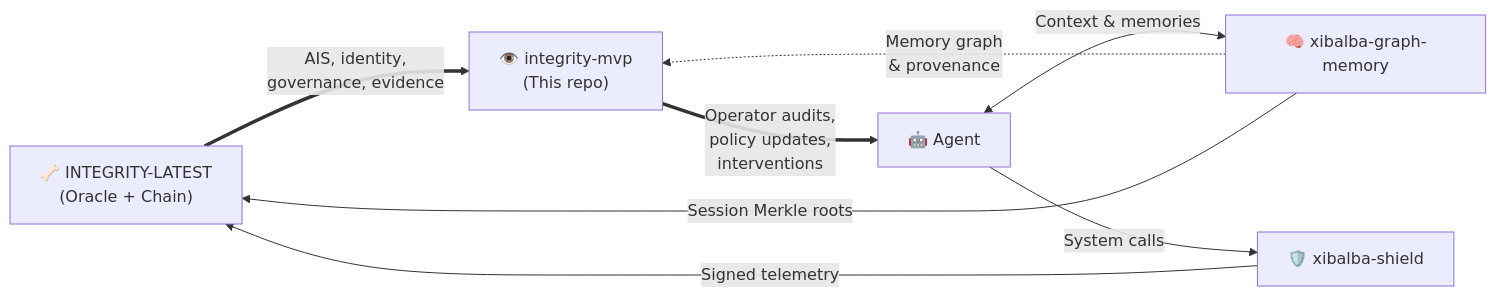
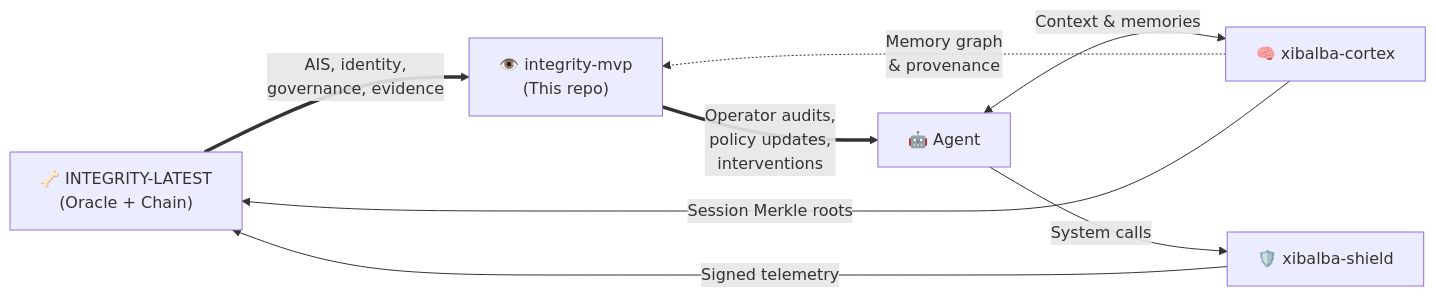
Before and after one commit to XibalbaTechSol/integrity-console: the diagram in integrity-dashboard/README.md, drawn with Mermaid. The commit also changed other lines of this file and 9 other files, not shown here.

First line of the commit message:
Update cross-repo references for xibalba-graph-memory -> xibalba-cortex rename

````diff
--- a/integrity-dashboard/README.md
+++ b/integrity-dashboard/README.md
@@ -34,10 +34,10 @@
 ```mermaid
 flowchart LR
     Backbone["🦴 INTEGRITY-LATEST<br/>(Oracle + Chain)"] ==>|"AIS, identity,<br/>governance, evidence"| Eyes["👁️ integrity-mvp<br/>(This repo)"]
-    Brain["🧠 xibalba-graph-memory"] -.->|"Memory graph<br/>& provenance"| Eyes
+    Brain["🧠 xibalba-cortex"] -.->|"Memory graph<br/>& provenance"| Eyes
     Immune["🛡️ xibalba-shield"] -->|"Signed telemetry"| Backbone
     Brain -->|"Session Merkle roots"| Backbone
     Eyes ==>|"Operator audits,<br/>policy updates,<br/>interventions"| Agent["🤖 Agent"]
     Agent <-->|"Context & memories"| Brain
     Agent -->|"System calls"| Immune
 ```
````
